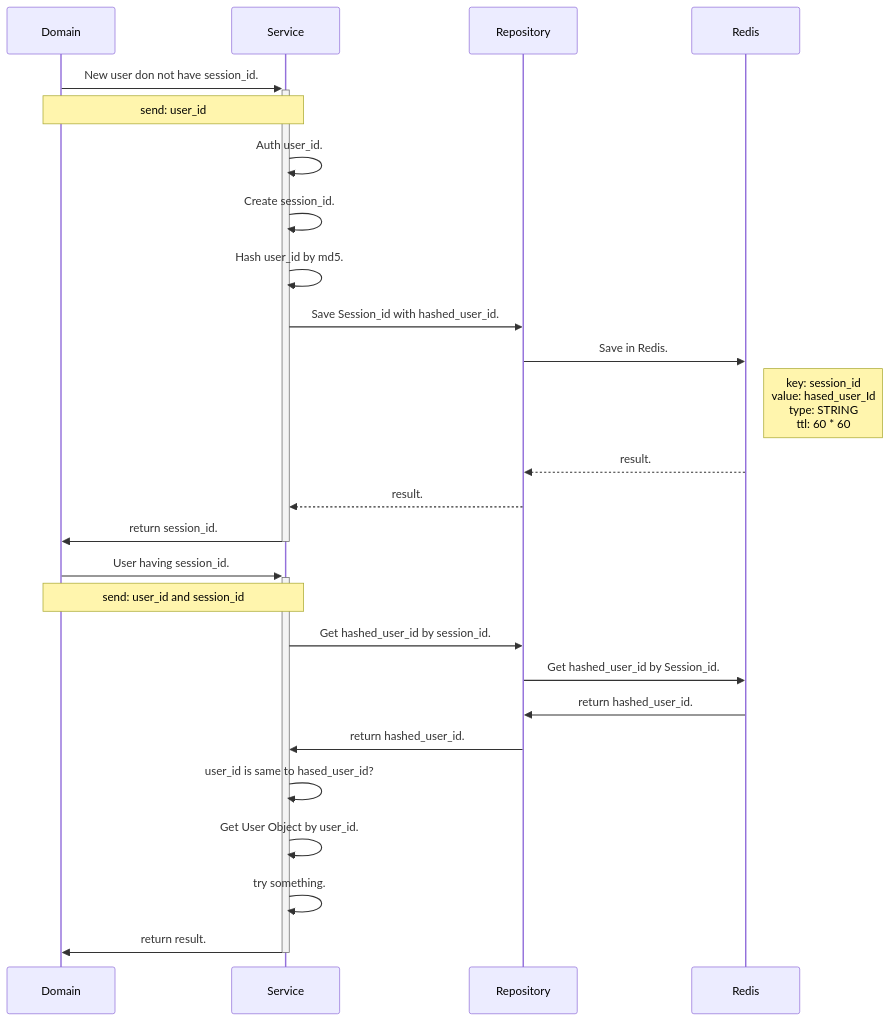
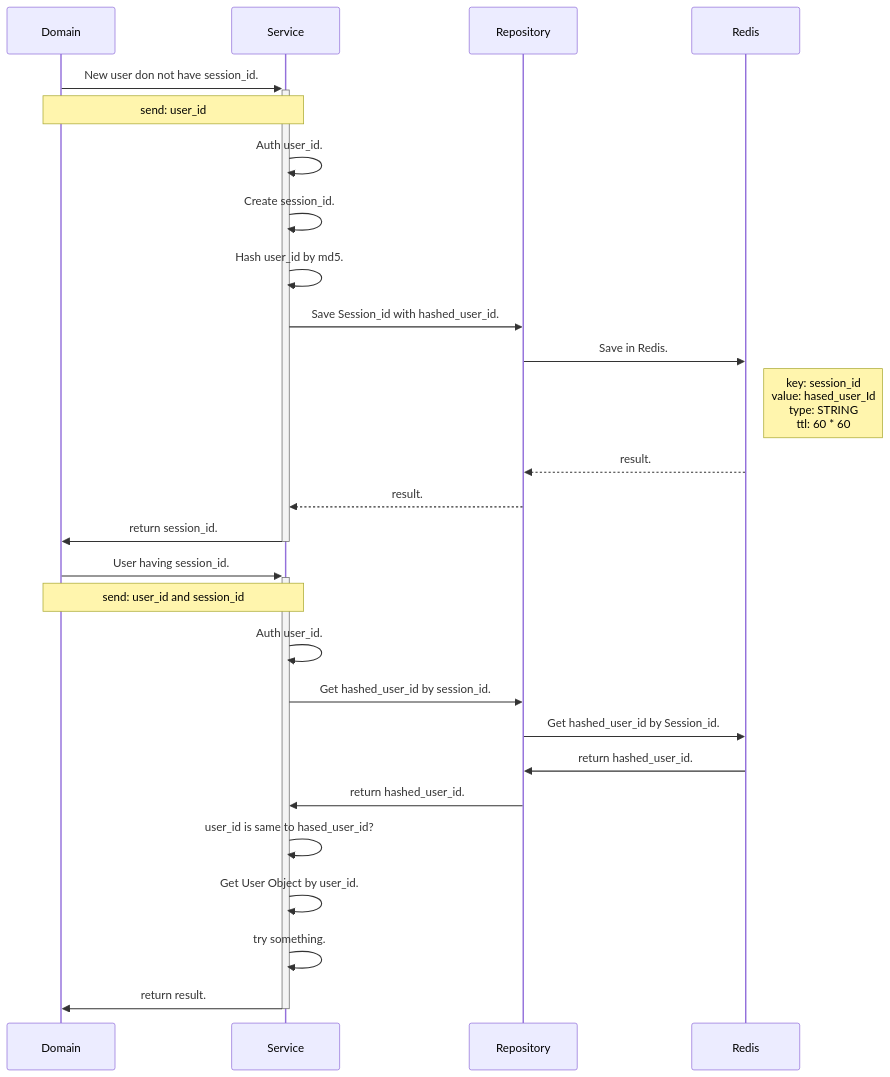
Before and after one commit to yutakasugiura/redis_learning: the diagram in README.md, drawn with Mermaid.

Commit message:
add:auth

````diff
--- a/README.md
+++ b/README.md
@@ -33,29 +33,30 @@
 ```mermaid
 sequenceDiagram
     participant Domain
     participant Service
     participant Repository
     participant Redis
     Domain->>+Service: New user don not have session_id. 
       Note over Domain, Service: send: user_id
     Service->>Service: Auth user_id.
     Service->>Service: Create session_id.
     Service->>Service: Hash user_id by md5.
     Service->>Repository: Save Session_id with hashed_user_id.
     Repository->>Redis: Save in Redis.
      Note right of Redis: key: session_id<br>value: hased_user_Id <br>type: STRING<br> ttl: 60 * 60
     Redis-->>Repository: result.
     Repository-->>Service: result.
     Service->>-Domain: return session_id.
 
     Domain->>+Service: User having session_id.
       Note over Domain, Service: send: user_id and session_id
+    Service->>Service: Auth user_id.
     Service->>Repository: Get hashed_user_id by session_id.
     Repository->>Redis: Get hashed_user_id by Session_id.
     Redis->>Repository: return hashed_user_id.
     Repository->>Service: return hashed_user_id.
     Service->>Service: user_id is same to hased_user_id?
     Service->>Service: Get User Object by user_id.
     Service->>Service: try something.
     Service->>-Domain: return result.
 ```
````
